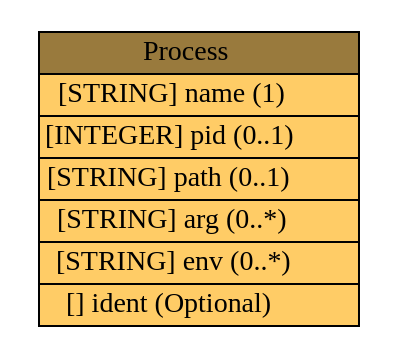
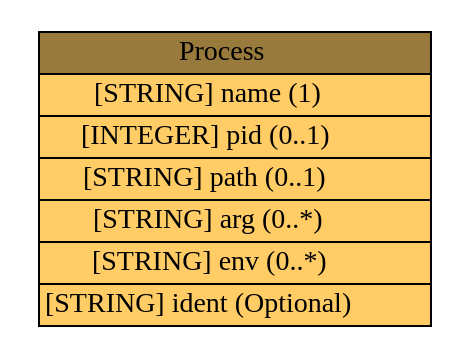
One commit to Moutix/idmef_parser changed the diagram in idmef/graph/Process.dot. Above: the diagram before and after it, drawn with Graphviz. The commit also changed 95 other files, not shown here.

Commit message:
Complete IDMEF schema

```diff
--- a/idmef/graph/Process.dot
+++ b/idmef/graph/Process.dot
@@ -1,6 +1,6 @@
 digraph Process {
 	graph [rankdir=LR];
 	node [label="\N"];
-	graph [bb="0,0,172,148"];
-	Process [label=<<table BORDER="0" CELLBORDER="1" CELLSPACING="0"> <tr > <td BGCOLOR="#997a3d" HREF="#" TITLE="The Process class is used to describe processes being executed on sources, targets, and analyzers. ">Process</td> </tr>" %<tr><td BGCOLOR="#FFCC66" HREF="#" TITLE="The name of the program being executed. This is a short name; path and argument information are provided elsewhere.">[STRING] name (1) </td></tr>%<tr><td BGCOLOR="#FFCC66" HREF="#" TITLE="The process identifier of the process.">[INTEGER] pid (0..1) </td></tr>%<tr><td BGCOLOR="#FFCC66" HREF="#" TITLE="The full path of the program being executed.">[STRING] path (0..1) </td></tr>%<tr><td BGCOLOR="#FFCC66" HREF="#" TITLE="A command-line argument to the program. Multiple arguments may be specified (they are assumed to have occurred in the same order they are provided) with multiple uses of arg.">[STRING] arg (0..*) </td></tr>%<tr><td BGCOLOR="#FFCC66" HREF="#" TITLE="An environment string associated with the process; generally of the format &quot;VARIABLE=value&quot;.  Multiple environment strings may be specified with multiple uses of env.">[STRING] env (0..*) </td></tr>%<tr><td BGCOLOR="#FFCC66" HREF="#" TITLE="A unique identifier for the process; see Section 3.2.9.">[] ident (Optional) </td></tr>%</table>>, shape=plaintext, pos="86,74", width="2.3611", height="2.0694"];
+	graph [bb="0,0,206,148"];
+	Process [label=<<table BORDER="0" CELLBORDER="1" CELLSPACING="0"> <tr > <td BGCOLOR="#997a3d" HREF="#" TITLE="The Process class is used to describe processes being executed on sources, targets, and analyzers. ">Process</td> </tr>" %<tr><td BGCOLOR="#FFCC66" HREF="#" TITLE="The name of the program being executed. This is a short name; path and argument information are provided elsewhere.">[STRING] name (1) </td></tr>%<tr><td BGCOLOR="#FFCC66" HREF="#" TITLE="The process identifier of the process.">[INTEGER] pid (0..1) </td></tr>%<tr><td BGCOLOR="#FFCC66" HREF="#" TITLE="The full path of the program being executed.">[STRING] path (0..1) </td></tr>%<tr><td BGCOLOR="#FFCC66" HREF="#" TITLE="A command-line argument to the program. Multiple arguments may be specified (they are assumed to have occurred in the same order they are provided) with multiple uses of arg.">[STRING] arg (0..*) </td></tr>%<tr><td BGCOLOR="#FFCC66" HREF="#" TITLE="An environment string associated with the process; generally of the format &quot;VARIABLE=value&quot;.  Multiple environment strings may be specified with multiple uses of env.">[STRING] env (0..*) </td></tr>%<tr><td BGCOLOR="#FFCC66" HREF="#" TITLE="A unique identifier for the process; see Section 3.2.9.">[STRING] ident (Optional) </td></tr>%</table>>, shape=plaintext, pos="103,74", width="2.8611", height="2.0694"];
 }
```
